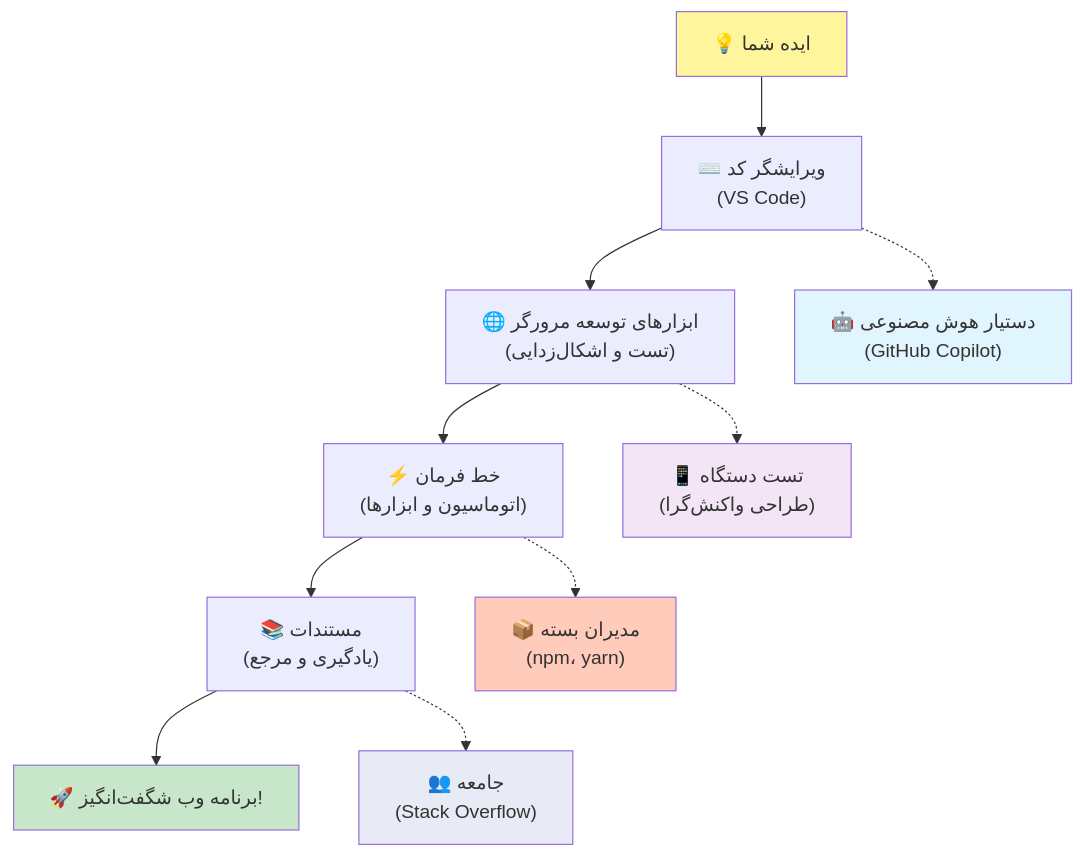
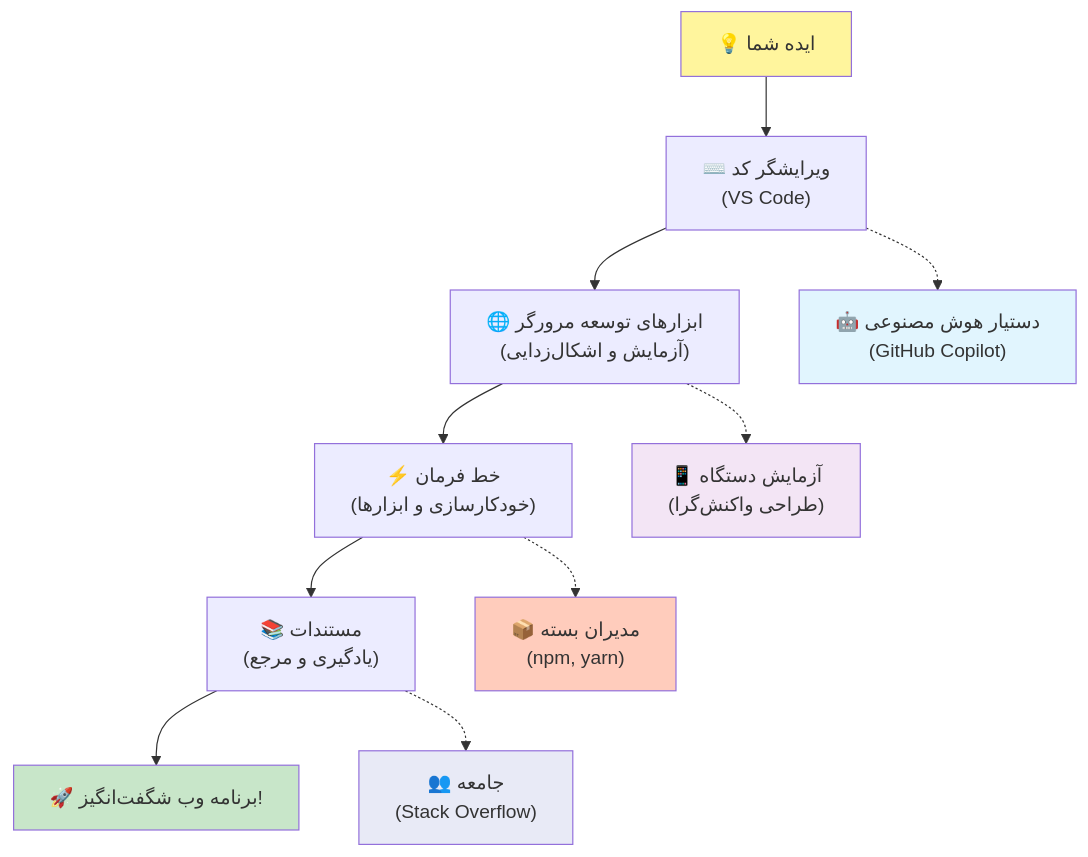
Before and after one commit to microsoft/Web-Dev-For-Beginners: the fifth of 7 diagrams in translations/fa/1-getting-started-lessons/1-intro-to-programming-languages/README.md, drawn with Mermaid. The commit also changed other lines of this file and 11 other files, not shown here.

````diff
--- a/translations/fa/1-getting-started-lessons/1-intro-to-programming-languages/README.md
+++ b/translations/fa/1-getting-started-lessons/1-intro-to-programming-languages/README.md
@@ -486,20 +486,20 @@
 ```mermaid
 graph TD
     A["💡 ایده شما"] --> B["⌨️ ویرایشگر کد<br/>(VS Code)"] 
-    B --> C["🌐 ابزارهای توسعه مرورگر<br/>(تست و اشکال‌زدایی)"]
-    C --> D["⚡ خط فرمان<br/>(اتوماسیون و ابزارها)"]
+    B --> C["🌐 ابزارهای توسعه مرورگر<br/>(آزمایش و اشکال‌زدایی)"]
+    C --> D["⚡ خط فرمان<br/>(خودکارسازی و ابزارها)"]
     D --> E["📚 مستندات<br/>(یادگیری و مرجع)"]
     E --> F["🚀 برنامه وب شگفت‌انگیز!"]
     
     B -.-> G["🤖 دستیار هوش مصنوعی<br/>(GitHub Copilot)"]
-    C -.-> H["📱 تست دستگاه<br/>(طراحی واکنش‌گرا)"]
-    D -.-> I["📦 مدیران بسته<br/>(npm، yarn)"]
+    C -.-> H["📱 آزمایش دستگاه<br/>(طراحی واکنش‌گرا)"]
+    D -.-> I["📦 مدیران بسته<br/>(npm, yarn)"]
     E -.-> J["👥 جامعه<br/>(Stack Overflow)"]
     
     style A fill:#fff59d
     style F fill:#c8e6c9
     style G fill:#e1f5fe
     style H fill:#f3e5f5
     style I fill:#ffccbc
     style J fill:#e8eaf6
 ```  
````
